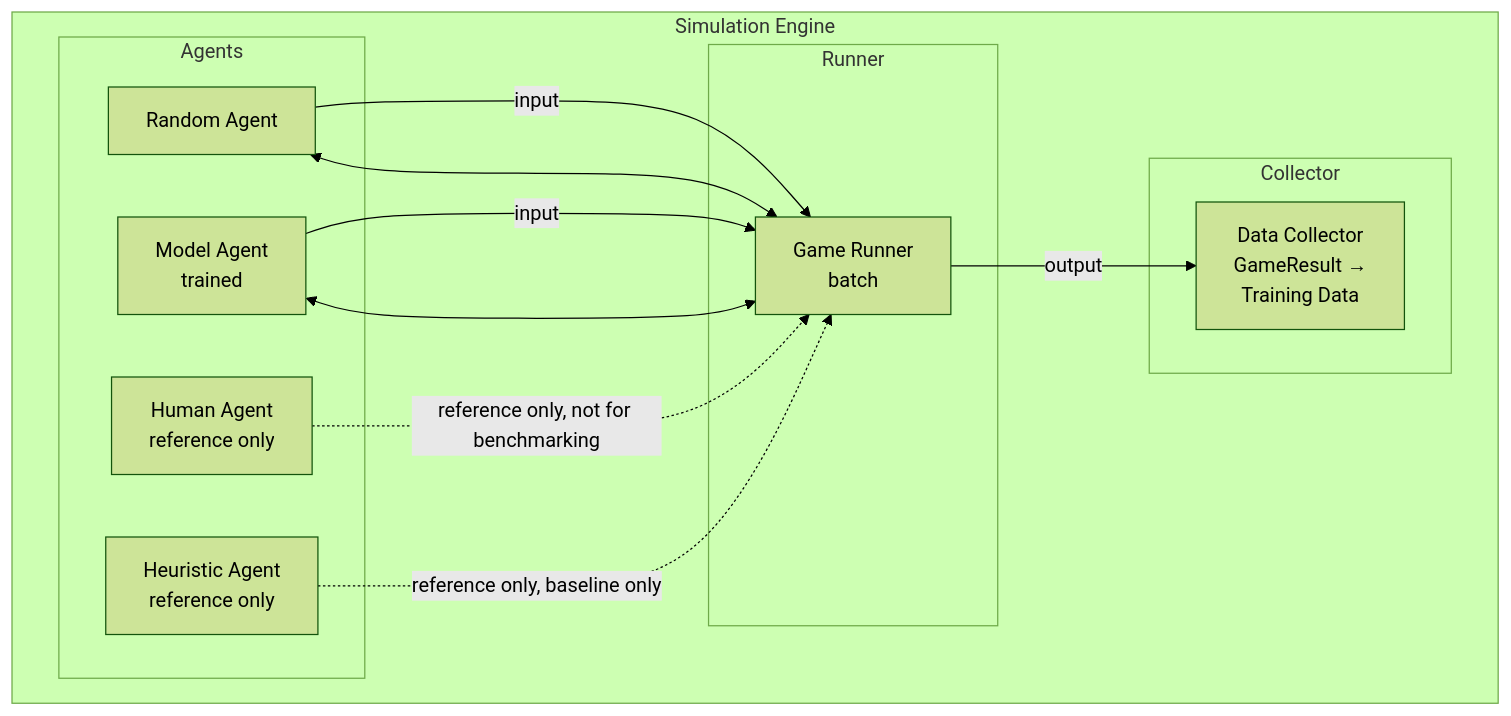
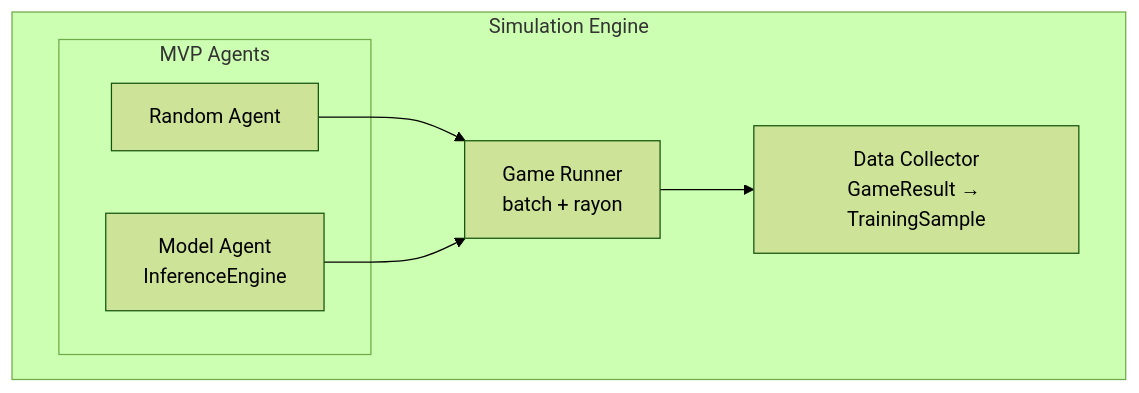
The diagram in plans/02-Environment/03-Simulation-Engine/01-simulation-engine.md (Evintkoo/2048-ml), drawn with Mermaid (forest theme) before and after one commit. The commit also changed other lines of this file and 94 other files, not shown here.

````diff
--- a/plans/02-Environment/03-Simulation-Engine/01-simulation-engine.md
+++ b/plans/02-Environment/03-Simulation-Engine/01-simulation-engine.md
@@ -9,28 +11,14 @@
 ```mermaid
 flowchart TD
-    subgraph "Simulation Engine"
-        subgraph Agents
+    subgraph Simulation Engine
+        subgraph Agents [MVP Agents]
             Random[Random Agent]
-            Model[Model Agent<br/>trained]
-            Human[Human Agent<br/>reference only]
-            Heuristic[Heuristic Agent<br/>reference only]
+            Model[Model Agent<br/>InferenceEngine]
         end
-        
-        subgraph Runner
-            GR[Game Runner<br/>batch]
-        end
-        
-        subgraph Collector
-            DC[Data Collector<br/>GameResult →<br/>Training Data]
-        end
+        Runner[Game Runner<br/>batch + rayon]
+        Collector[Data Collector<br/>GameResult → TrainingSample]
     end
-    
-    Random -->|input| GR
-    Model -->|input| GR
-    Human -.->|reference only, not for benchmarking| GR
-    Heuristic -.->|reference only, baseline only| GR
-    
-    GR -->|output| DC
-    Random <--> GR
-    Model <--> GR
+    Random --> Runner
+    Model --> Runner
+    Runner --> Collector
 ```
````
